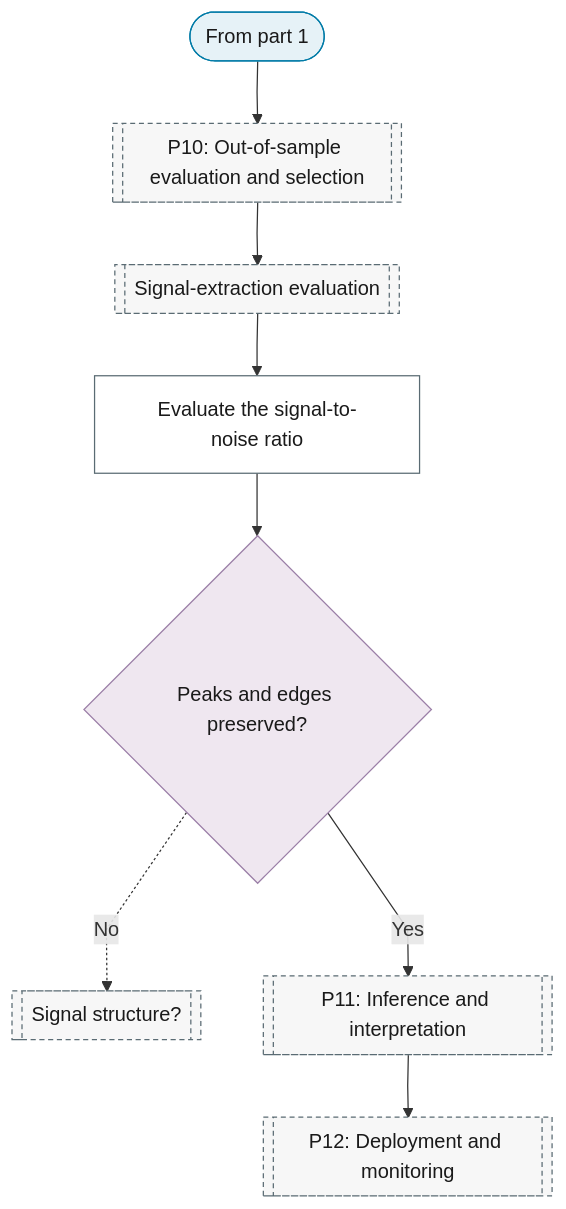
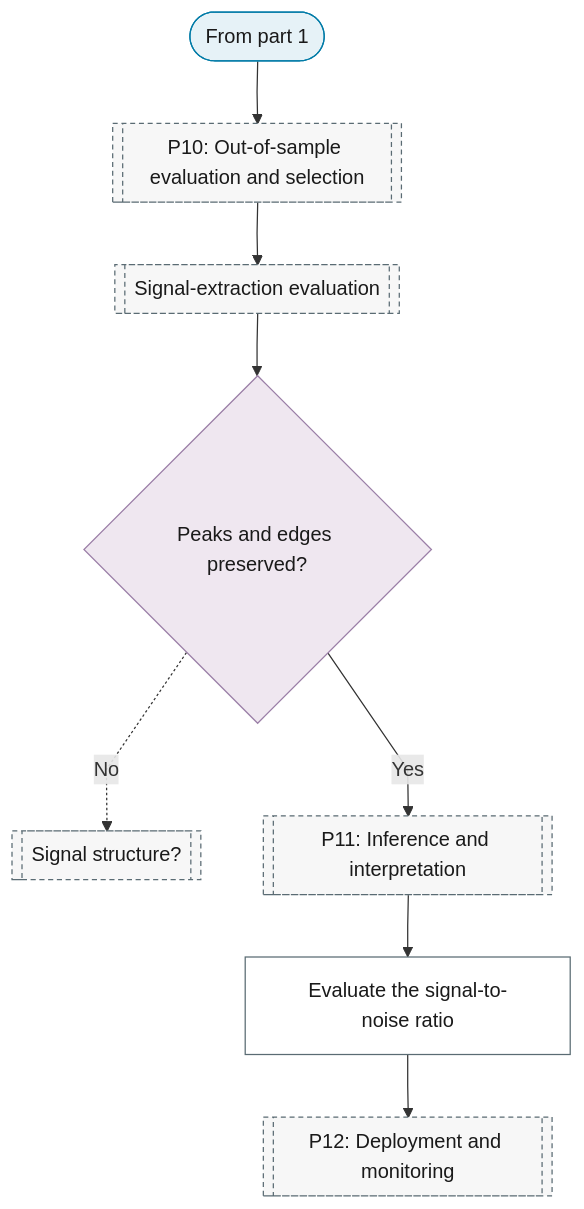
Before and after one commit to Shuxin-Y/time-series-analysis-manual: the second of 2 diagrams in docs/01-workflow/p00-purpose/03-signal-extraction.md, drawn with Mermaid. The commit also changed other lines of this file and 20 other files, not shown here.

First line of the commit message:
fix(charts): one placement per purpose leaf; branch table; exits and labels

````diff
--- a/docs/01-workflow/p00-purpose/03-signal-extraction.md
+++ b/docs/01-workflow/p00-purpose/03-signal-extraction.md
@@ -48,23 +48,23 @@
 ```mermaid
 %%{init: {"flowchart": {"curve": "linear"}}}%%
 graph TD
     P0_SE_PART_2_IN(["From part 1"]) --> P10[["P10: Out-of-sample evaluation and selection"]]
     P10 --> P10_SIGNAL_EVALUATION[["Signal-extraction evaluation"]]
-    P10_SIGNAL_EVALUATION --> P0_SE_SNR["Evaluate the signal-to-noise ratio"]
-    P0_SE_SNR --> P0_SE_OK{"Peaks and edges preserved?"}
+    P10_SIGNAL_EVALUATION --> P0_SE_OK{"Peaks and edges preserved?"}
     P0_SE_OK -.->|"No"| P0_SE_STRUCTURE[["Signal structure?"]]
     P0_SE_OK -->|"Yes"| P11[["P11: Inference and interpretation"]]
-    P11 --> P12[["P12: Deployment and monitoring"]]
+    P11 --> P0_SE_SNR["Evaluate the signal-to-noise ratio"]
+    P0_SE_SNR --> P12[["P12: Deployment and monitoring"]]
     class P0_SE_PART_2_IN terminator
     class P0_SE_OK decision
     class P0_SE_SNR process
     class P10,P10_SIGNAL_EVALUATION,P0_SE_STRUCTURE,P11,P12 ref
     classDef terminator fill:#E6F2F7,stroke:#007BA7,color:#1A1A1A;
     classDef process fill:#FFFFFF,stroke:#5A6B73,color:#1A1A1A;
     classDef decision fill:#EFE7F0,stroke:#9B7FA7,color:#1A1A1A;
     classDef data fill:#FFF4E0,stroke:#C9A55E,color:#1A1A1A;
     classDef good fill:#DCEFD8,stroke:#4A7A3F,color:#1A1A1A;
     classDef escalate fill:#FFE9C2,stroke:#C9A55E,color:#1A1A1A;
     classDef problem fill:#F2D9DE,stroke:#800020,color:#1A1A1A;
     classDef ref fill:#F7F7F7,stroke:#5A6B73,color:#1A1A1A,stroke-dasharray:4 3;
 ```
````
